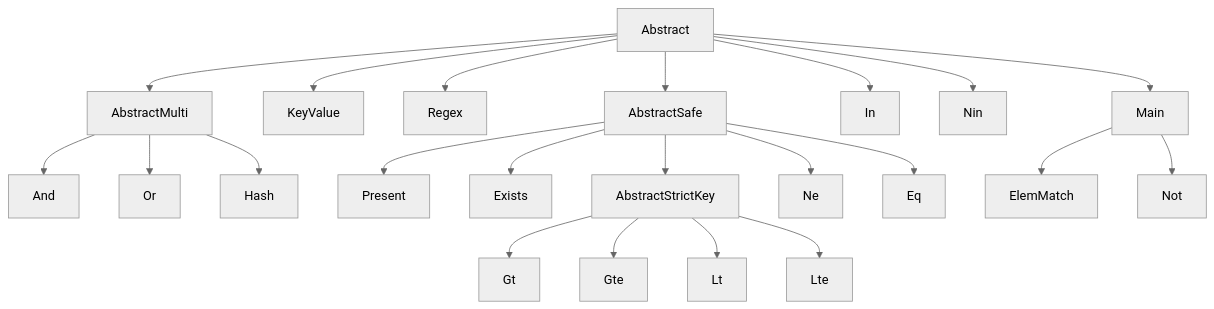
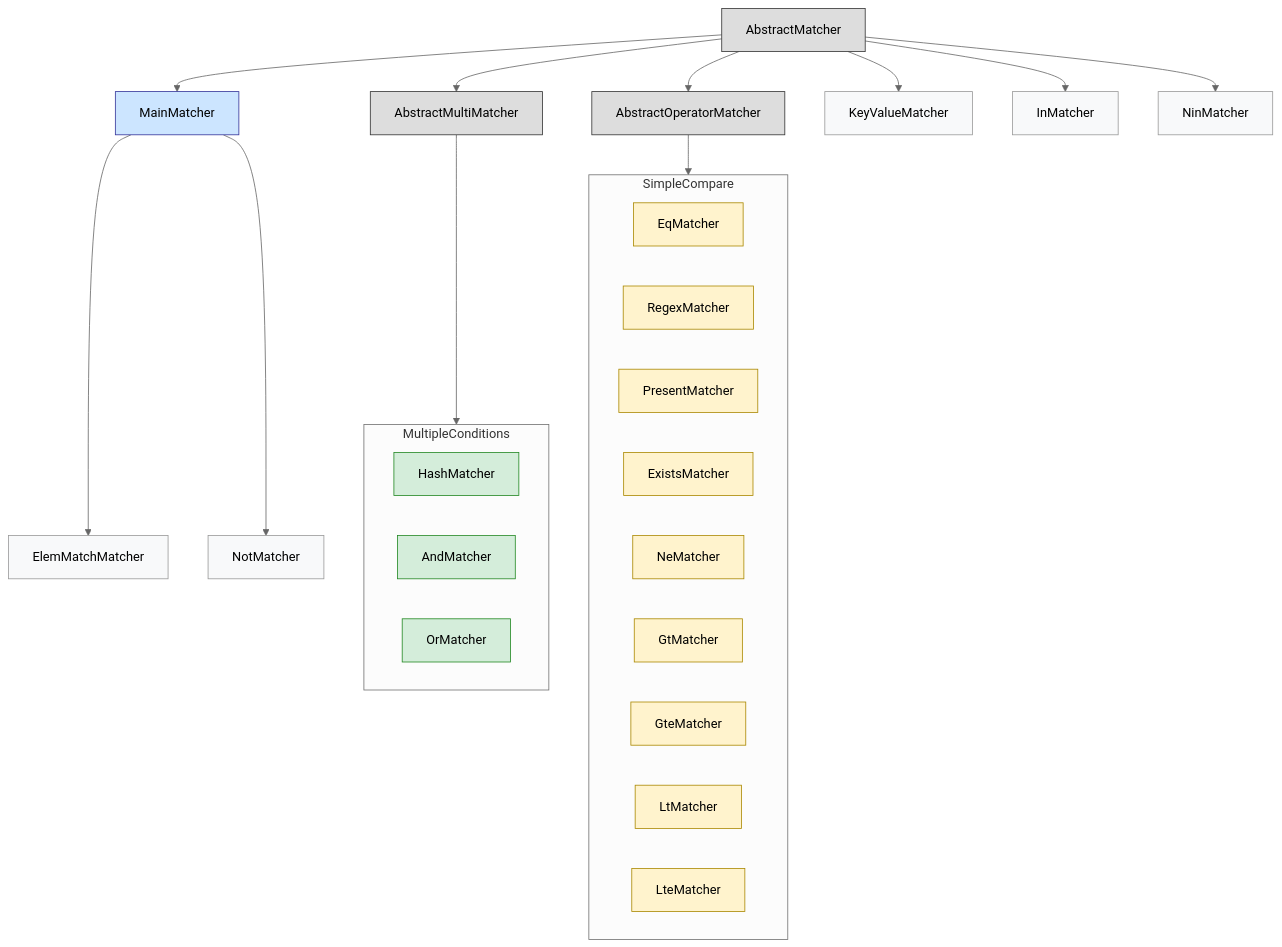
Before and after one commit to koten0224/mongory: the diagram in lib/mongory/matchers/README.md, drawn with Mermaid.

Commit message:
update inheritance diagram

````diff
--- a/lib/mongory/matchers/README.md
+++ b/lib/mongory/matchers/README.md
@@ -3,51 +3,54 @@
 ```mermaid
 ---
 config:
   theme: neutral
   look: classic
 ---
+
 graph TD
-  A[Abstract]
-  B[Main]
-  C[AbstractMulti]
-  D[AbstractSafe]
-  E[Eq]
-  F[Hash]
-  G[KeyValue]
-  H[ElemMatch]
-  I[And]
-  J[Or]
-  K[Regex]
-  L[Present]
-  M[Exists]
-  N[Not]
-  O[Ne]
-  P[AbstractStrictKey]
-  Q[Gt]
-  R[Gte]
-  S[Lt]
-  T[Lte]
-  U[In]
-  V[Nin]
-A --> C
-A --> G
-A --> K
-A --> D
-A --> U
-A --> V
-A --> B
-B --> H
-B --> N
-C --> I
-C --> J
-C --> F
-D --> L
-D --> M
-D --> P
-D --> O
-D --> E
-P --> Q
-P --> R
-P --> S
-P --> T
+  %% style blocks
+  classDef abstract fill:#ddd,stroke:#333,stroke-width:1px,color:#000;
+  classDef main fill:#cce5ff,stroke:#339,stroke-width:1px;
+  classDef multi fill:#d4edda,stroke:#282,stroke-width:1px;
+  classDef operator fill:#fff3cd,stroke:#aa8800,stroke-width:1px;
+  classDef leaf fill:#f8f9fa,stroke:#999,stroke-width:1px;
+
+  %% Abstract base classes
+  A[AbstractMatcher]
+  C[AbstractMultiMatcher]
+  D[AbstractOperatorMatcher]
+
+  subgraph MultipleConditions
+    F[HashMatcher]
+    I[AndMatcher]
+    J[OrMatcher]
+  end
+
+  subgraph SimpleCompare
+    E[EqMatcher]
+    K[RegexMatcher]
+    L[PresentMatcher]
+    M[ExistsMatcher]
+    O[NeMatcher]
+    Q[GtMatcher]
+    R[GteMatcher]
+    S[LtMatcher]
+    T[LteMatcher]
+  end
+
+  A --> B[MainMatcher]
+  A --> G[KeyValueMatcher]
+  A --> U[InMatcher]
+  A --> V[NinMatcher]
+  A --> C --> MultipleConditions
+  A --> D --> SimpleCompare
+  B --> H[ElemMatchMatcher]
+  B --> N[NotMatcher]
+
+  %% Apply classes
+  class A,C,D abstract;
+  class B main;
+  class F,I,J multi;
+  class E,K,L,M,O,Q,R,S,T operator;
+  class G,U,V,H,N leaf;
 ```
````
